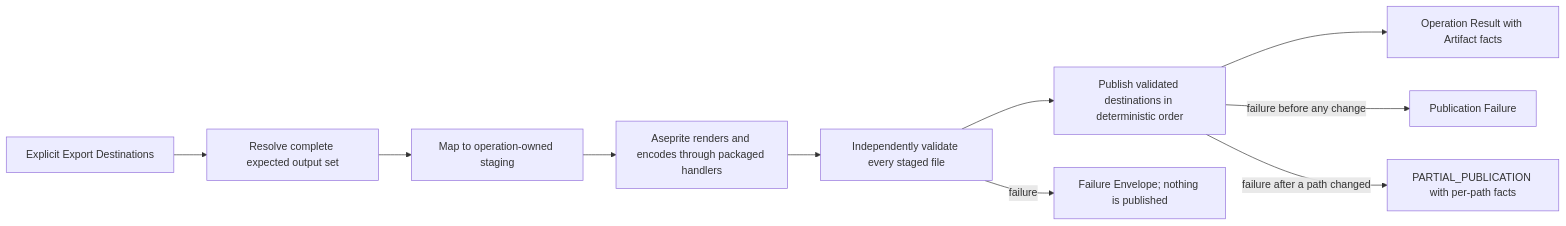
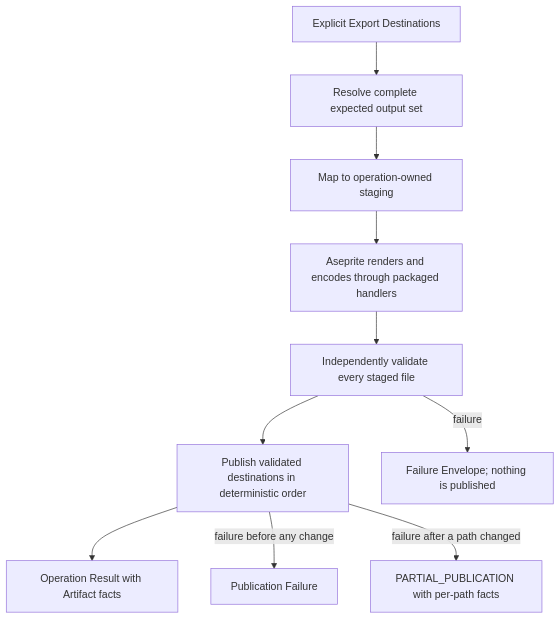
One commit to aigengame/aseprite-automation changed the sixth of 6 diagrams in ARCHITECTURE.md. Above: the diagram before and after it, drawn with Mermaid. The commit also changed other lines of this file, not shown here.

Commit message:
docs(architecture): use vertical diagram layouts

````diff
--- a/ARCHITECTURE.md
+++ b/ARCHITECTURE.md
@@ -513,12 +529,12 @@
 ```mermaid
-flowchart LR
+flowchart TB
     Request[Explicit Export Destinations] --> Expand[Resolve complete expected output set]
     Expand --> Stage[Map to operation-owned staging]
     Stage --> Native[Aseprite renders and encodes through packaged handlers]
     Native --> Verify[Independently validate every staged file]
     Verify --> Publish[Publish validated destinations in deterministic order]
     Publish --> Result[Operation Result with Artifact facts]
     Verify -->|failure| VerifyFailure[Failure Envelope; nothing is published]
     Publish -->|failure before any change| PublishFailure[Publication Failure]
     Publish -->|failure after a path changed| PartialFailure[PARTIAL_PUBLICATION with per-path facts]
 ```
````
